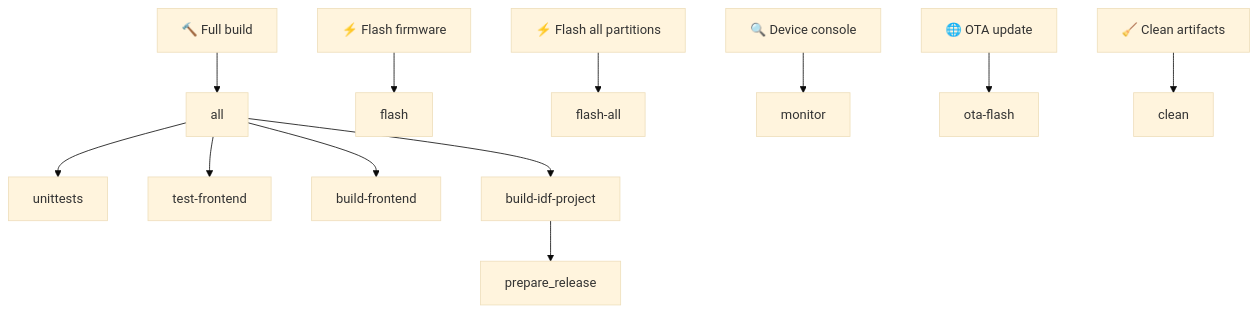
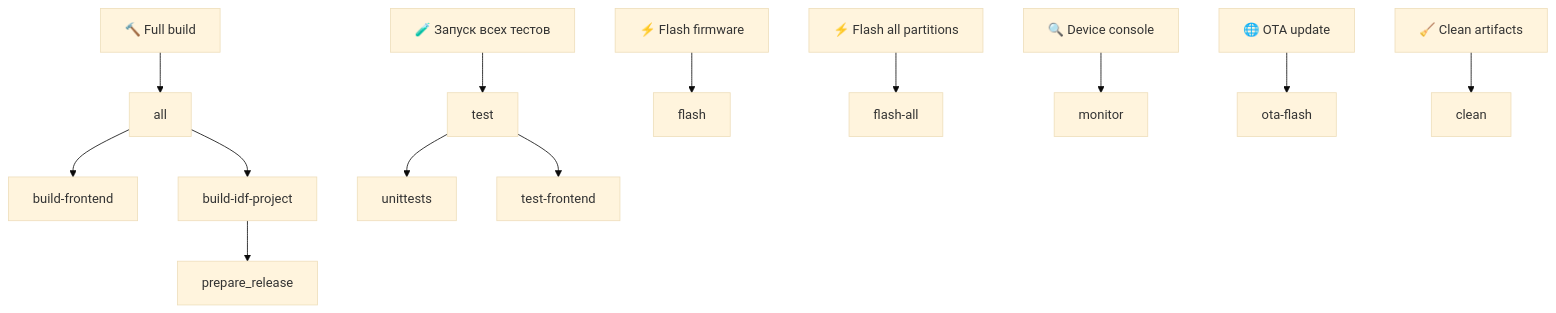
Before and after one commit to wirenboard/wb-mge: the first of 2 diagrams in README.ru.md, drawn with Mermaid (base theme). The commit also changed other lines of this file and 3 other files, not shown here.

````diff
--- a/README.ru.md
+++ b/README.ru.md
@@ -106,15 +106,16 @@
 ```mermaid
 graph TD
     B["🔨 Full build"] --> all
+    T["🧪 Запуск всех тестов"] --> test
     F["⚡ Flash firmware"] --> flash
     FA["⚡ Flash all partitions"] --> flash-all
     M["🔍 Device console"] --> monitor
     O["🌐 OTA update"] --> ota-flash
     C["🧹 Clean artifacts"] --> clean
 
-    all --> unittests
-    all --> test-frontend
     all --> build-frontend
     all --> build-idf-project
     build-idf-project --> prepare_release
+    test --> unittests
+    test --> test-frontend
 ```
````
